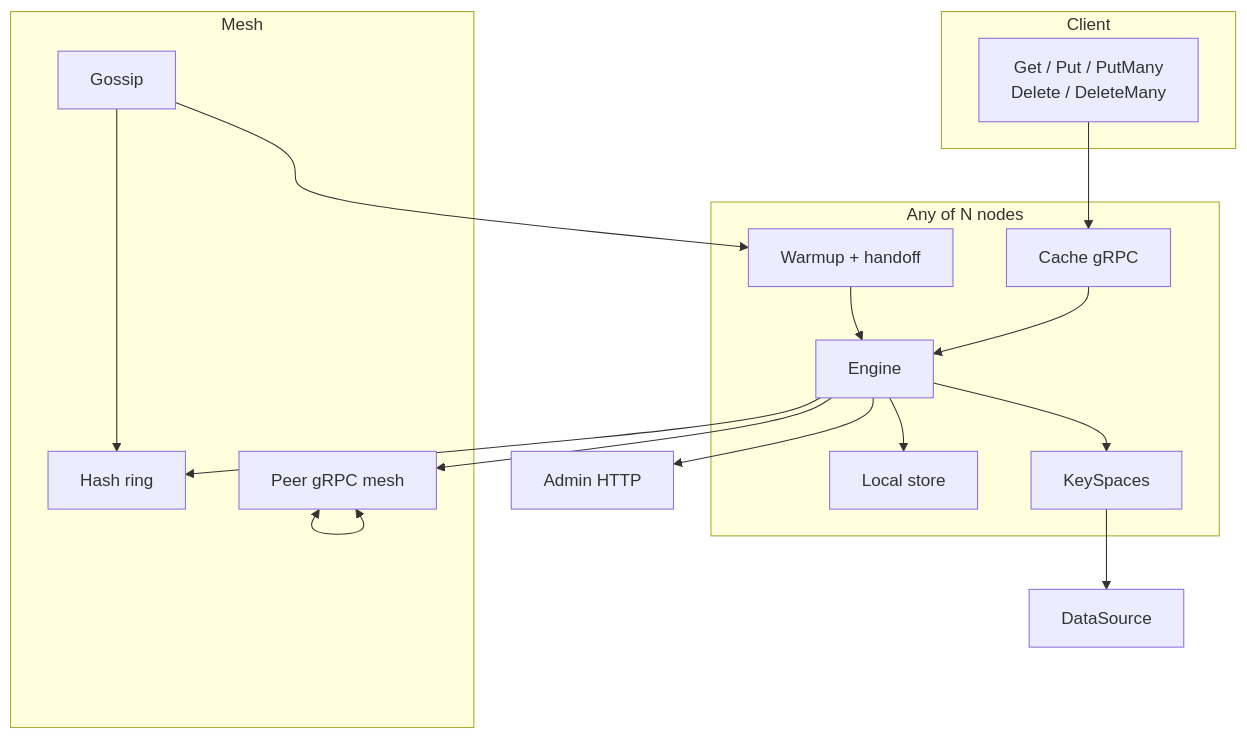
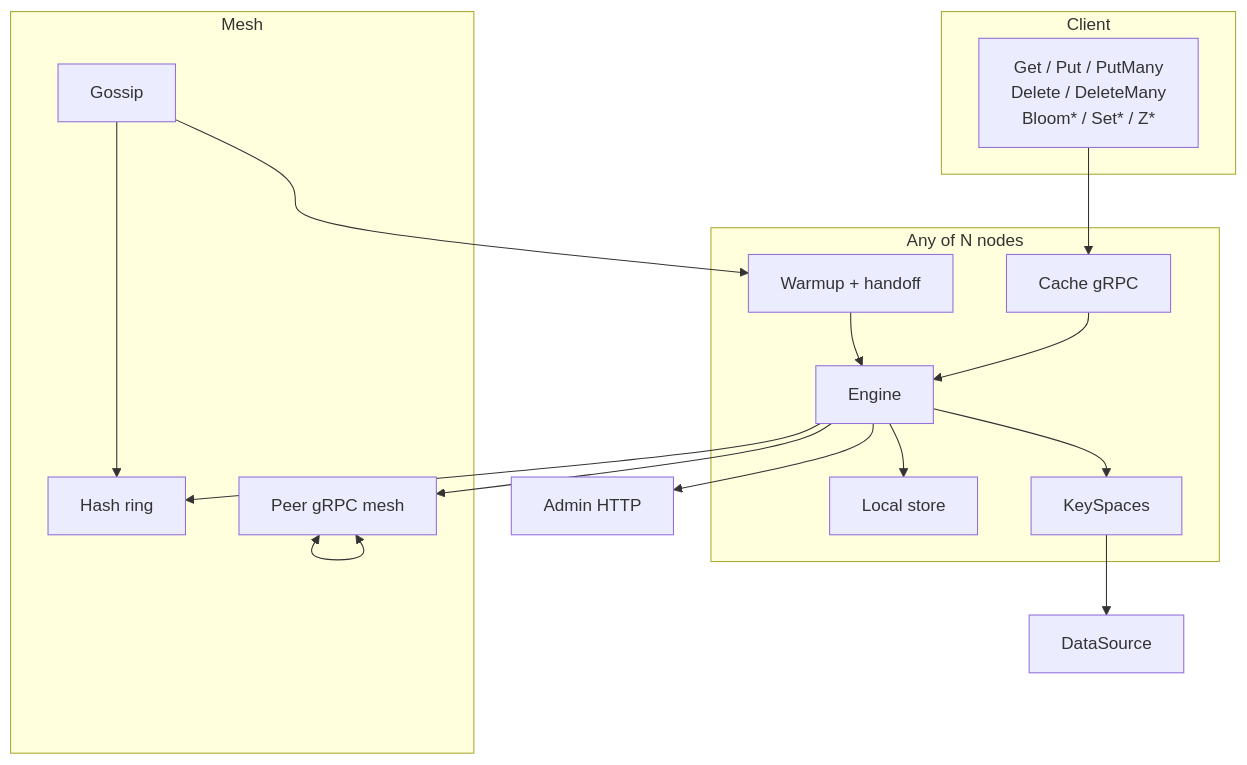
Diagram 16 of 18 in docs/CLUSTER_FLOWS.md (Code0987/supercache), drawn with Mermaid before and after one commit. The commit also changed other lines of this file and 7 other files, not shown here.

First line of the commit message:
Document Bloom, ModeSet, and ModeZSet in product docs.

````diff
--- a/docs/CLUSTER_FLOWS.md
+++ b/docs/CLUSTER_FLOWS.md
@@ -326,34 +342,34 @@
 ```mermaid
 flowchart TB
   subgraph Client
-    OPS["Get / Put / PutMany<br/>Delete / DeleteMany"]
+    OPS["Get / Put / PutMany<br/>Delete / DeleteMany<br/>Bloom* / Set* / Z*"]
   end
 
   subgraph Node["Any of N nodes"]
     CG["Cache gRPC"]
     EN["Engine"]
     ST["Local store"]
     KS["KeySpaces"]
     WM["Warmup + handoff"]
   end
 
   subgraph Mesh
     RING["Hash ring"]
     PG["Peer gRPC mesh"]
     GOS["Gossip"]
   end
 
   DS["DataSource"]
   ADM["Admin HTTP"]
 
   OPS --> CG --> EN
   EN --> ST
   EN --> KS
   EN --> RING
   EN --> PG
   KS --> DS
   GOS --> RING
   GOS --> WM --> EN
   EN --> ADM
   PG <--> PG
 ```
````
